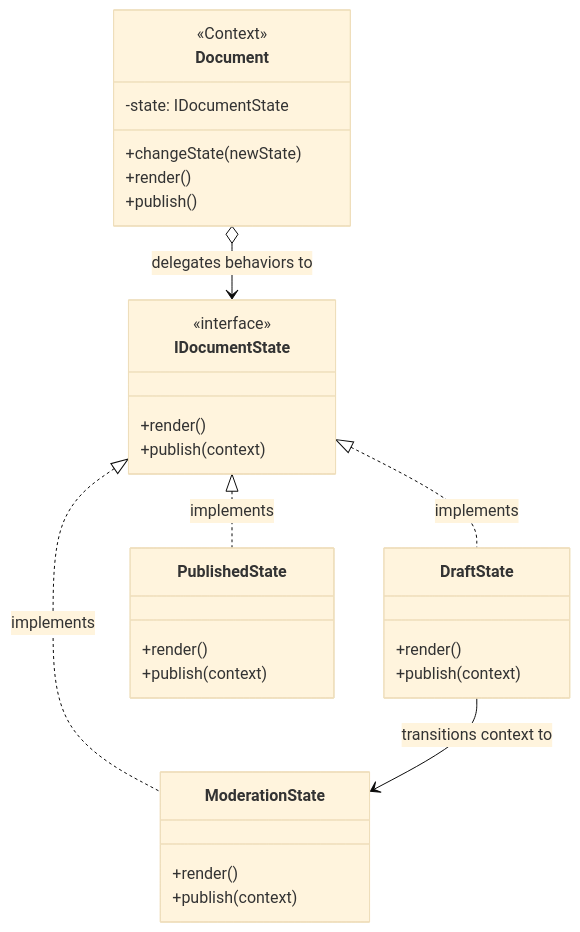
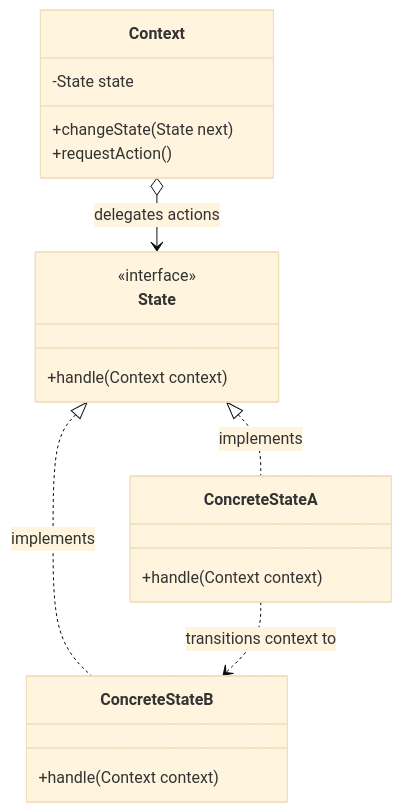
The first of 2 diagrams in lld/03-Behavioral/03-State Design Pattern/README.md (prasenjeet-0322/engineering-design-vault), drawn with Mermaid (base theme) before and after one commit. The commit also changed other lines of this file and 78 other files, not shown here.

````diff
--- a/lld/03-Behavioral/03-State Design Pattern/README.md
+++ b/lld/03-Behavioral/03-State Design Pattern/README.md
@@ -35,37 +26,26 @@
 ```mermaid
 classDiagram
-    class Document {
-        <<Context>>
-        -state: IDocumentState
-        +changeState(newState)
-        +render()
-        +publish()
+    class Context {
+        -State state
+        +changeState(State next)
+        +requestAction()
     }
 
-    class IDocumentState {
+    class State {
         <<interface>>
-        +render()
-        +publish(context)
+        +handle(Context context)
     }
 
-    class DraftState {
-        +render()
-        +publish(context)
-    }
-    
-    class ModerationState {
-        +render()
-        +publish(context)
-    }
-    
-    class PublishedState {
-        +render()
-        +publish(context)
+    class ConcreteStateA {
+        +handle(Context context)
     }
 
-    Document o--> IDocumentState : delegates behaviors to
-    IDocumentState <|.. DraftState : implements
-    IDocumentState <|.. ModerationState : implements
-    IDocumentState <|.. PublishedState : implements
-    DraftState --> ModerationState : transitions context to
+    class ConcreteStateB {
+        +handle(Context context)
+    }
+
+    Context o--> State : delegates actions
+    State <|.. ConcreteStateA : implements
+    State <|.. ConcreteStateB : implements
+    ConcreteStateA ..> ConcreteStateB : transitions context to
 ```
````
